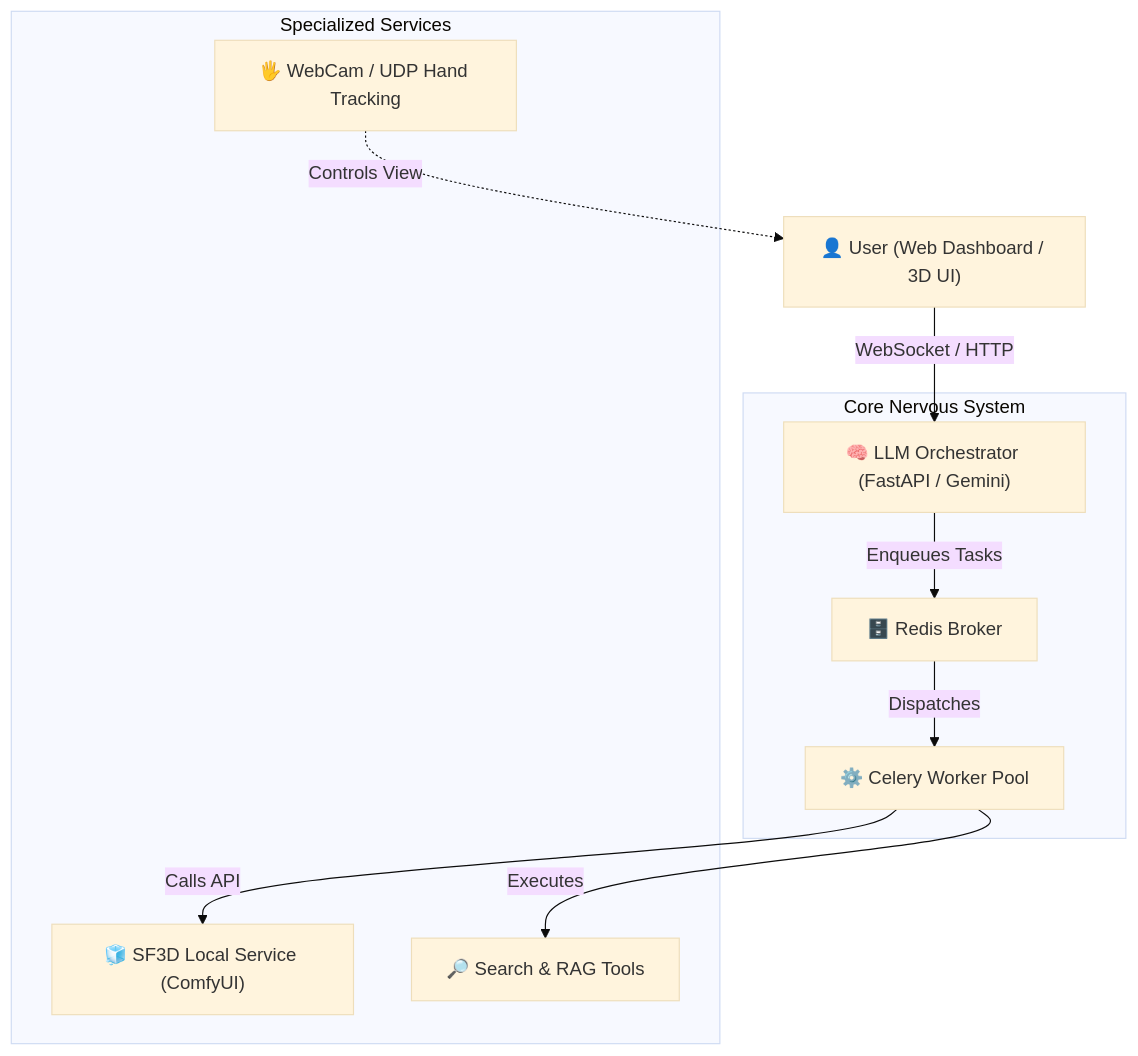
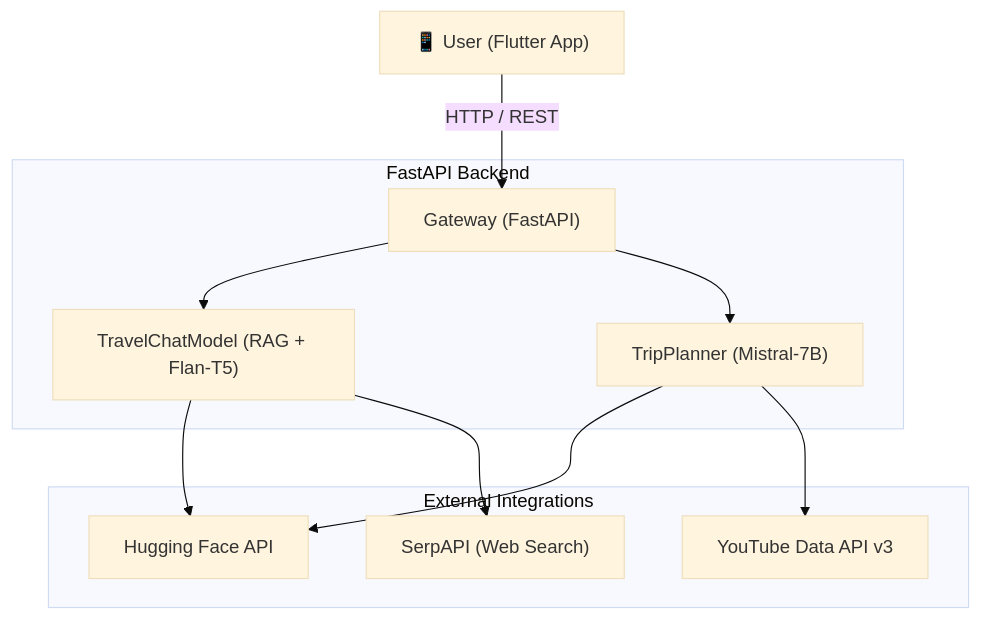
The diagram in README.md (kenzzhood/MILES), drawn with Mermaid (base theme) before and after one commit. The commit also changed other lines of this file, not shown here.

````diff
--- a/README.md
+++ b/README.md
@@ -37,22 +40,24 @@
 ```mermaid
 graph TD
-    User["👤 User (Web Dashboard / 3D UI)"] -->|WebSocket / HTTP| Orchestrator
+    User["📱 User (Flutter App)"] -->|HTTP / REST| API
     
-    subgraph "Core Nervous System"
-        Orchestrator["🧠 LLM Orchestrator (FastAPI / Gemini)"]
-        Redis["🗄️ Redis Broker"]
-        CeleryWorker["⚙️ Celery Worker Pool"]
+    subgraph "FastAPI Backend"
+        API["Gateway (FastAPI)"]
+        ChatEngine["TravelChatModel (RAG + Flan-T5)"]
+        Planner["TripPlanner (Mistral-7B)"]
     end
     
-    subgraph "Specialized Services"
-        3DService["🧊 SF3D Local Service (ComfyUI)"]
-        RAGService["🔎 Search & RAG Tools"]
-        HandTracking["🖐️ WebCam / UDP Hand Tracking"]
+    subgraph "External Integrations"
+        HF["Hugging Face API"]
+        YT["YouTube Data API v3"]
+        Serp["SerpAPI (Web Search)"]
     end
     
-    Orchestrator -->|Enqueues Tasks| Redis
-    Redis -->|Dispatches| CeleryWorker
-    CeleryWorker -->|Calls API| 3DService
-    CeleryWorker -->|Executes| RAGService
-    HandTracking -.->|Controls View| User
+    API --> ChatEngine
+    API --> Planner
+
+    ChatEngine --> HF
+    ChatEngine --> Serp
+    Planner --> HF
+    Planner --> YT
 ```
````
